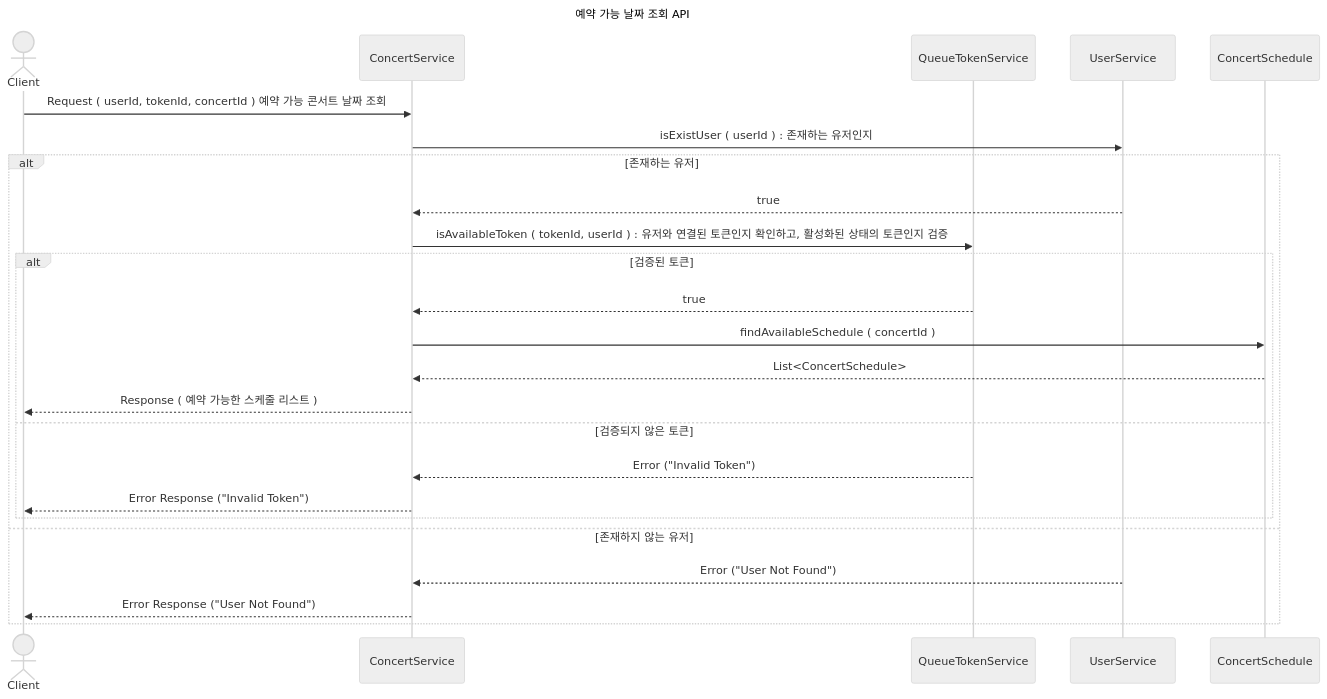
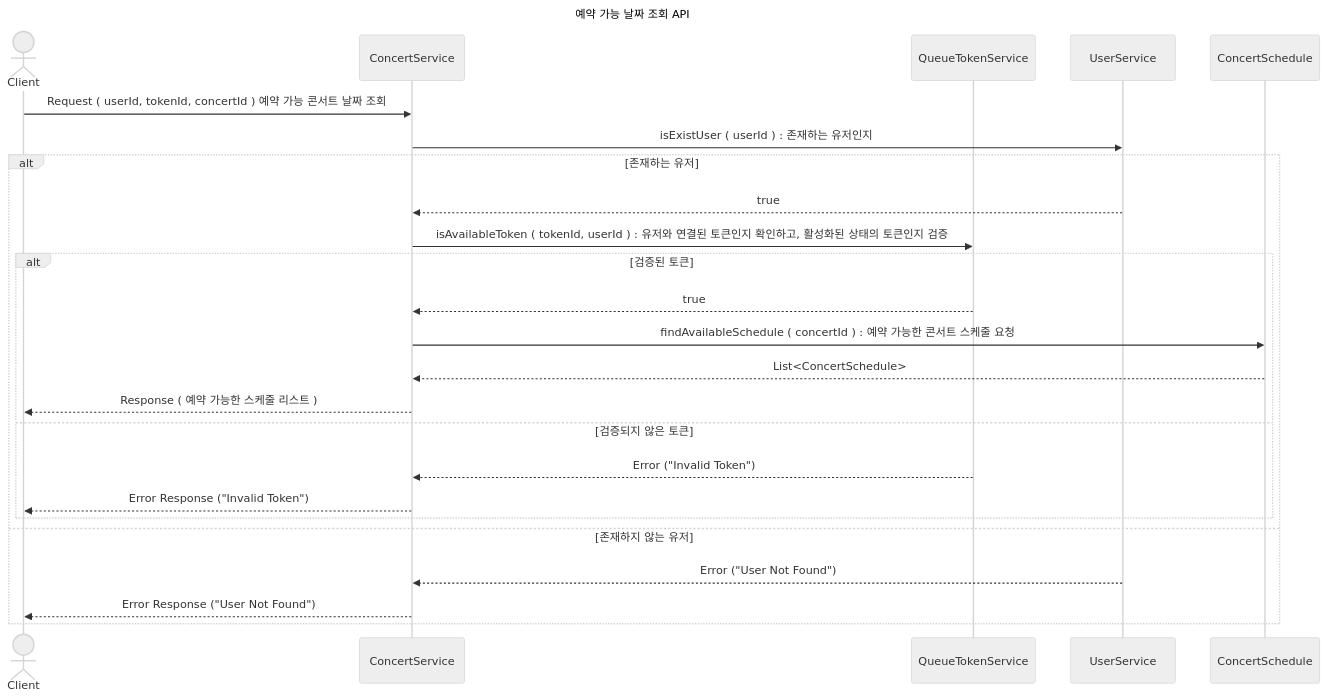
One commit to GustavEiffels/hhplus_server_build changed the diagram in design/sequence_diagram/예약_가능_날짜_조회_API.md. Above: the diagram before and after it, drawn with Mermaid (neutral theme). The commit also changed 2 other files, not shown here.

Commit message:
[docs] 예약 가능 좌석 조회 API 시퀀스 다이어그램 추가

````diff
--- a/design/sequence_diagram/예약_가능_날짜_조회_API.md
+++ b/design/sequence_diagram/예약_가능_날짜_조회_API.md
@@ -1,35 +1,33 @@
 ```mermaid
 ---
 title: 예약 가능 날짜 조회 API
 ---
 sequenceDiagram
     actor client as Client
     participant concert as ConcertService
     participant token as QueueTokenService
     participant user as UserService
     participant schedule as ConcertSchedule
 
     client->>concert: Request ( userId, tokenId, concertId ) 예약 가능 콘서트 날짜 조회
     concert->>user: isExistUser ( userId ) : 존재하는 유저인지
     
     alt 존재하는 유저
         user-->>concert: true
         concert->>token: isAvailableToken ( tokenId, userId ) : 유저와 연결된 토큰인지 확인하고, 활성화된 상태의 토큰인지 검증
         
         alt 검증된 토큰
-            token-->>concert: true
-            concert->>schedule: findAvailableSchedule ( concertId )
+            token-->>concert: true 
+            concert->>schedule: findAvailableSchedule ( concertId ) : 예약 가능한 콘서트 스케줄 요청
             schedule-->>concert: List<ConcertSchedule>
             concert-->>client: Response ( 예약 가능한 스케줄 리스트 )
         else 검증되지 않은 토큰
             token-->>concert: Error ("Invalid Token")
             concert-->>client: Error Response ("Invalid Token")
         end
 
     else 존재하지 않는 유저
         user-->>concert: Error ("User Not Found")
         concert-->>client: Error Response ("User Not Found")
     end
-
-
 ```
````
